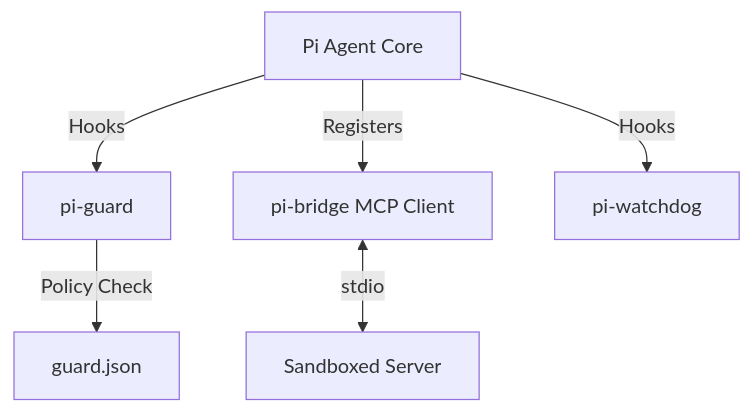
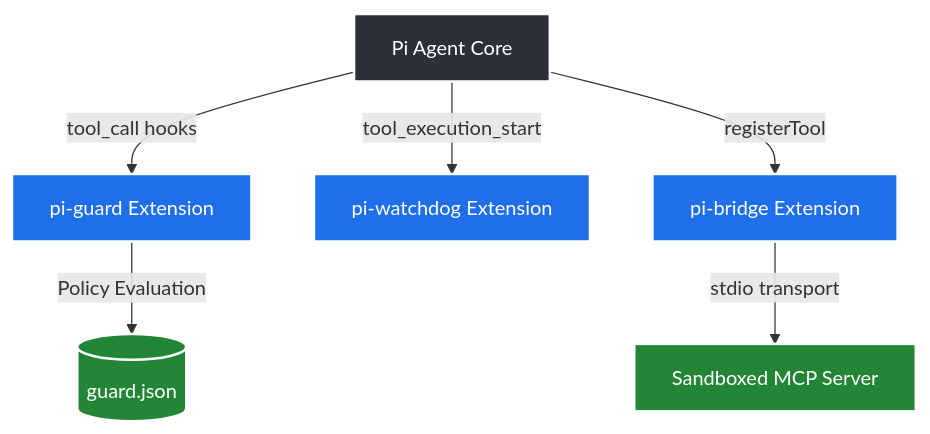
One commit to Paramveersingh-S/fluffy-harness changed the diagram in README.md. Above: the diagram before and after it, drawn with Mermaid. The commit also changed other lines of this file, not shown here.

````diff
--- a/README.md
+++ b/README.md
@@ -21,8 +47,25 @@
 ```mermaid
-graph TD;
-    Pi[Pi Agent Core] --> |Hooks| Guard[pi-guard]
-    Guard --> |Policy Check| Policy[guard.json]
-    Pi --> |Registers| Bridge[pi-bridge MCP Client]
-    Bridge <--> |stdio| MCPServer[Sandboxed Server]
-    Pi --> |Hooks| Watchdog[pi-watchdog]
+graph TD
+    %% Core Nodes
+    Core[Pi Agent Core]
+    Guard[pi-guard Extension]
+    Watchdog[pi-watchdog Extension]
+    Bridge[pi-bridge Extension]
+    MCP[Sandboxed MCP Server]
+    
+    %% Relationships
+    Core -->|tool_call hooks| Guard
+    Guard -->|Policy Evaluation| Config[(guard.json)]
+    Core -->|tool_execution_start| Watchdog
+    Core -->|registerTool| Bridge
+    Bridge -->|stdio transport| MCP
+    
+    %% Styling
+    classDef core fill:#2b3137,stroke:#fff,stroke-width:2px,color:#fff;
+    classDef ext fill:#1f6feb,stroke:#fff,stroke-width:2px,color:#fff;
+    classDef external fill:#238636,stroke:#fff,stroke-width:2px,color:#fff;
+    
+    class Core core;
+    class Guard,Watchdog,Bridge ext;
+    class MCP,Config external;
 ```
````
